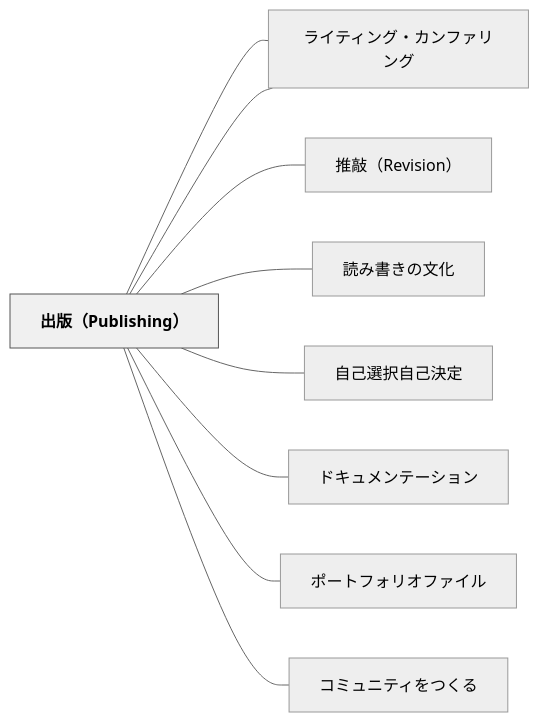
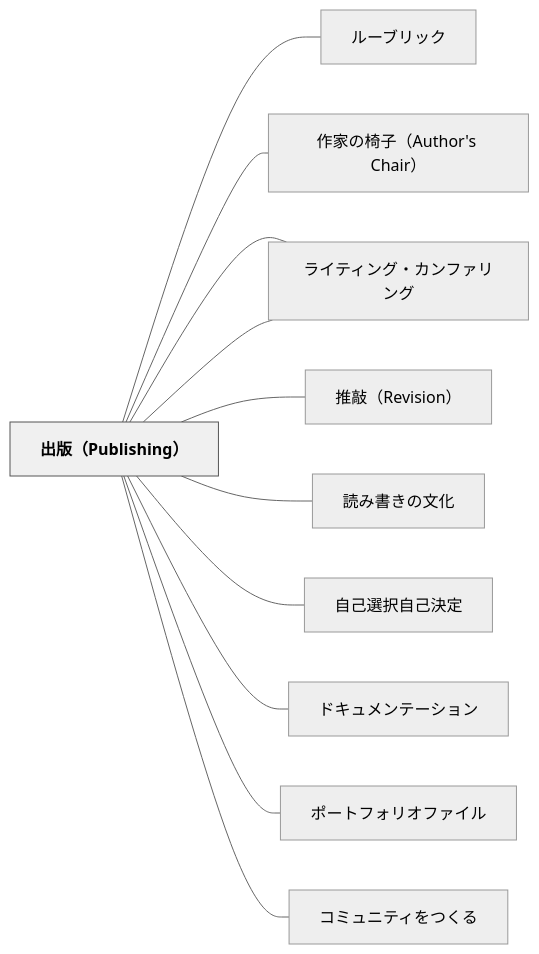
Before and after one commit to unknownthings-ed-patterns/unknownthings-ed-patterns: the diagram in content/パタン/出版（Publishing）.md, drawn with Mermaid (neutral theme). The commit also changed other lines of this file and 473 other files, not shown here.

````diff
--- a/content/パタン/出版（Publishing）.md
+++ b/content/パタン/出版（Publishing）.md
@@ -153,24 +155,28 @@
 ```mermaid
 flowchart LR
     ne587bae78988["出版（Publishing）"]
+    ne383abe383bc["ルーブリック"]
+    ne4bd9ce5aeb6["作家の椅子（Author's Chair）"]
     ne383a9e382a4["ライティング・ワークショップ"]
     ne68ea8e695b2["推敲（Revision）"]
     ne8aaade381bf["読み書きの文化"]
     ne887aae5b7b1["自己選択自己決定"]
     ne383a9e382a4["ライティング・カンファリング"]
     ne38389e382ad["ドキュメンテーション"]
     ne3839de383bc["ポートフォリオファイル"]
     ne382b3e3839f["コミュニティをつくる"]
 
+    ne587bae78988 --- ne383abe383bc
+    ne587bae78988 --- ne4bd9ce5aeb6
     ne587bae78988 --- ne383a9e382a4
     ne587bae78988 --- ne68ea8e695b2
     ne587bae78988 --- ne8aaade381bf
     ne587bae78988 --- ne887aae5b7b1
     ne587bae78988 --- ne383a9e382a4
     ne587bae78988 --- ne38389e382ad
     ne587bae78988 --- ne3839de383bc
     ne587bae78988 --- ne382b3e3839f
 
     classDef hub fill:#f0f0f0,stroke:#555,color:#000,font-weight:bold
     class ne587bae78988 hub
 ```
````
